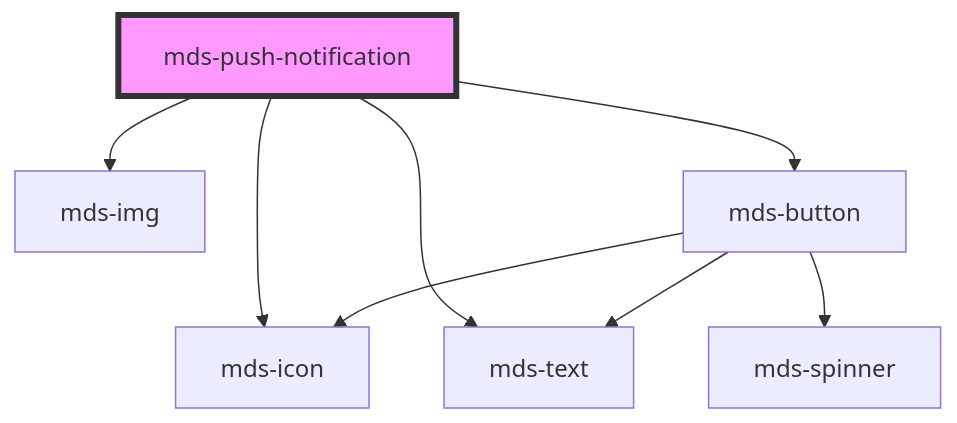
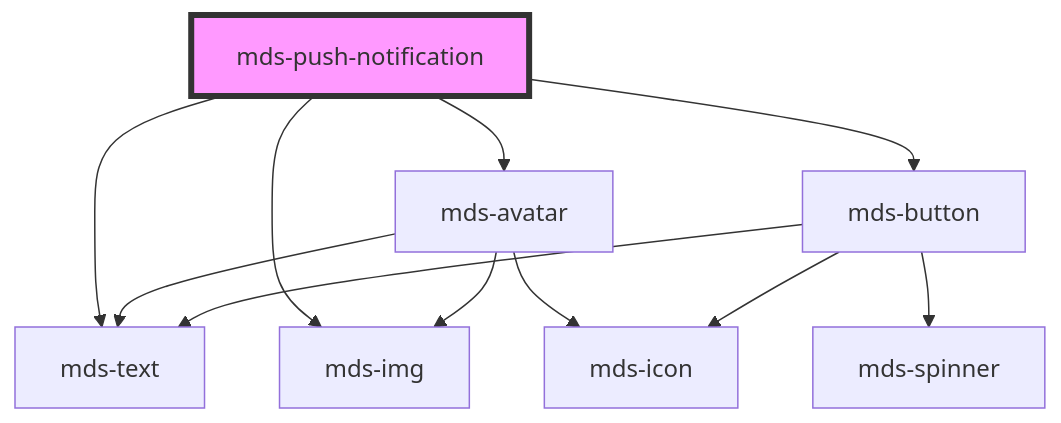
One commit to magma-design-system/magma changed the diagram in projects/stencil/src/components/mds-push-notification/readme.md. Above: the diagram before and after it, drawn with Mermaid. The commit also changed other lines of this file and 8 other files, not shown here.

Commit message:
feat(mds-push-notification): add variants and some attribute

````diff
--- a/projects/stencil/src/components/mds-push-notification/readme.md
+++ b/projects/stencil/src/components/mds-push-notification/readme.md
@@ -45,11 +50,14 @@
 ```mermaid
 graph TD;
-  mds-push-notification --> mds-icon
+  mds-push-notification --> mds-avatar
   mds-push-notification --> mds-img
   mds-push-notification --> mds-text
   mds-push-notification --> mds-button
+  mds-avatar --> mds-text
+  mds-avatar --> mds-img
+  mds-avatar --> mds-icon
   mds-button --> mds-spinner
   mds-button --> mds-icon
   mds-button --> mds-text
   style mds-push-notification fill:#f9f,stroke:#333,stroke-width:4px
 ```
````
